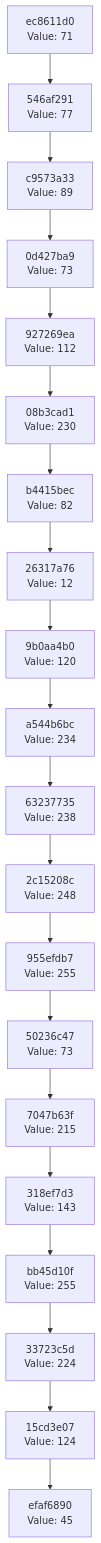
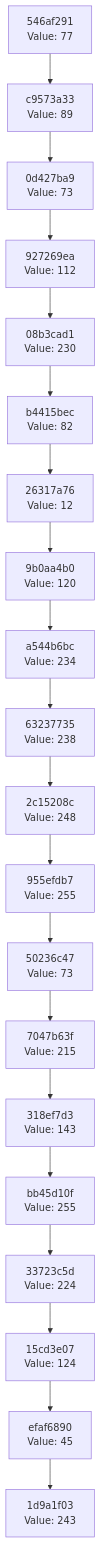
The diagram in docs/CHAIN_VISUALIZATION.md (Abhisheksinha1506/hash-chain-evolver), drawn with Mermaid before and after one commit. The commit also changed 1 other file, not shown here.

Commit message:
Evolution step: hash 0xF3 → action executed

````diff
--- a/docs/CHAIN_VISUALIZATION.md
+++ b/docs/CHAIN_VISUALIZATION.md
@@ -3,42 +3,42 @@
 ```mermaid
 graph TD
-    C0["efaf6890<br/>Value: 45"]
-    C1["15cd3e07<br/>Value: 124"]
+    C0["1d9a1f03<br/>Value: 243"]
+    C1["efaf6890<br/>Value: 45"]
     C1 --> C0
-    C2["33723c5d<br/>Value: 224"]
+    C2["15cd3e07<br/>Value: 124"]
     C2 --> C1
-    C3["bb45d10f<br/>Value: 255"]
+    C3["33723c5d<br/>Value: 224"]
     C3 --> C2
-    C4["318ef7d3<br/>Value: 143"]
+    C4["bb45d10f<br/>Value: 255"]
     C4 --> C3
-    C5["7047b63f<br/>Value: 215"]
+    C5["318ef7d3<br/>Value: 143"]
     C5 --> C4
-    C6["50236c47<br/>Value: 73"]
+    C6["7047b63f<br/>Value: 215"]
     C6 --> C5
-    C7["955efdb7<br/>Value: 255"]
+    C7["50236c47<br/>Value: 73"]
     C7 --> C6
-    C8["2c15208c<br/>Value: 248"]
+    C8["955efdb7<br/>Value: 255"]
     C8 --> C7
-    C9["63237735<br/>Value: 238"]
+    C9["2c15208c<br/>Value: 248"]
     C9 --> C8
-    C10["a544b6bc<br/>Value: 234"]
+    C10["63237735<br/>Value: 238"]
     C10 --> C9
-    C11["9b0aa4b0<br/>Value: 120"]
+    C11["a544b6bc<br/>Value: 234"]
     C11 --> C10
-    C12["26317a76<br/>Value: 12"]
+    C12["9b0aa4b0<br/>Value: 120"]
     C12 --> C11
-    C13["b4415bec<br/>Value: 82"]
+    C13["26317a76<br/>Value: 12"]
     C13 --> C12
-    C14["08b3cad1<br/>Value: 230"]
+    C14["b4415bec<br/>Value: 82"]
     C14 --> C13
-    C15["927269ea<br/>Value: 112"]
+    C15["08b3cad1<br/>Value: 230"]
     C15 --> C14
-    C16["0d427ba9<br/>Value: 73"]
+    C16["927269ea<br/>Value: 112"]
     C16 --> C15
-    C17["c9573a33<br/>Value: 89"]
+    C17["0d427ba9<br/>Value: 73"]
     C17 --> C16
-    C18["546af291<br/>Value: 77"]
+    C18["c9573a33<br/>Value: 89"]
     C18 --> C17
-    C19["ec8611d0<br/>Value: 71"]
+    C19["546af291<br/>Value: 77"]
     C19 --> C18
 ```
````
